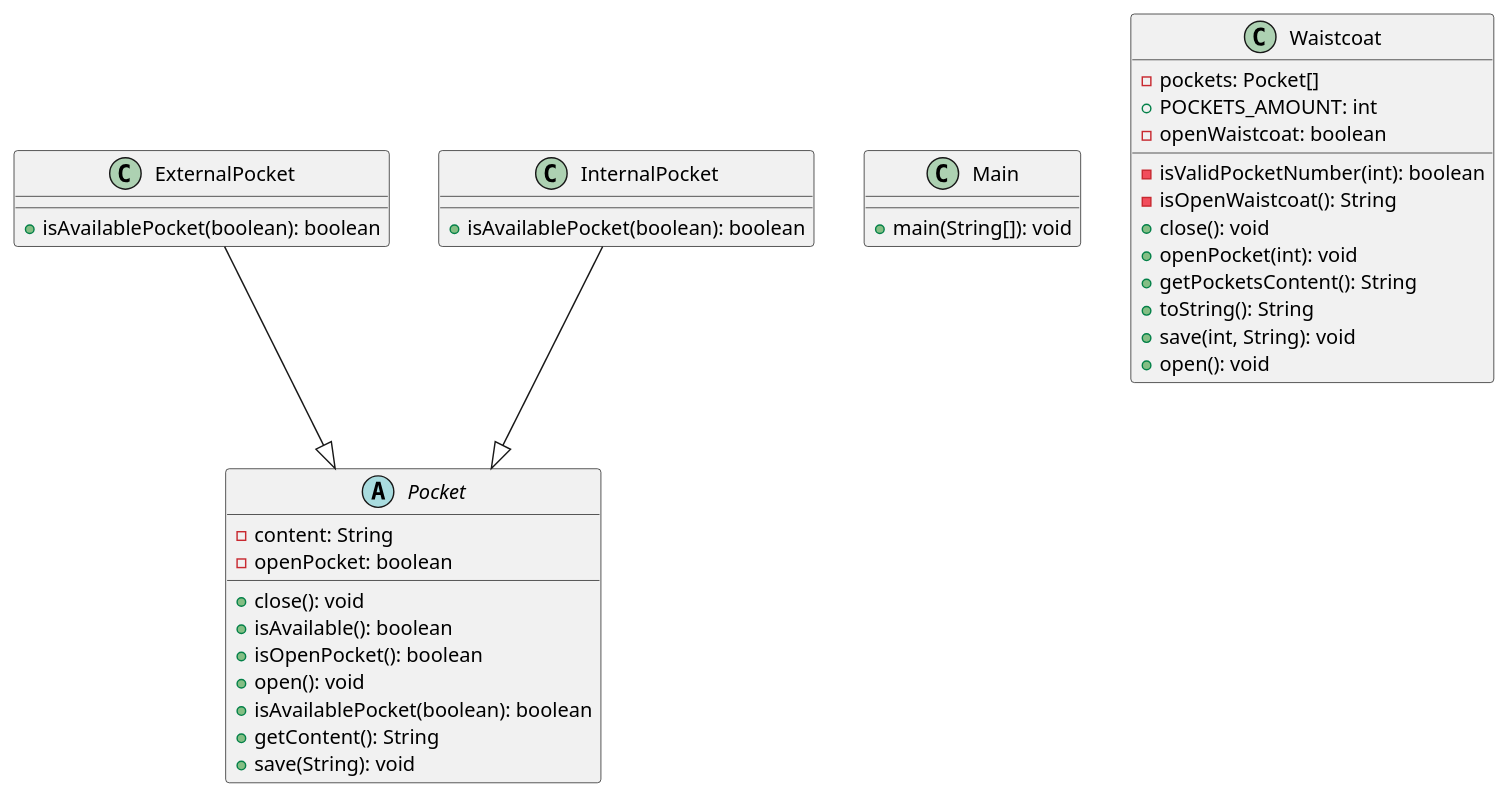
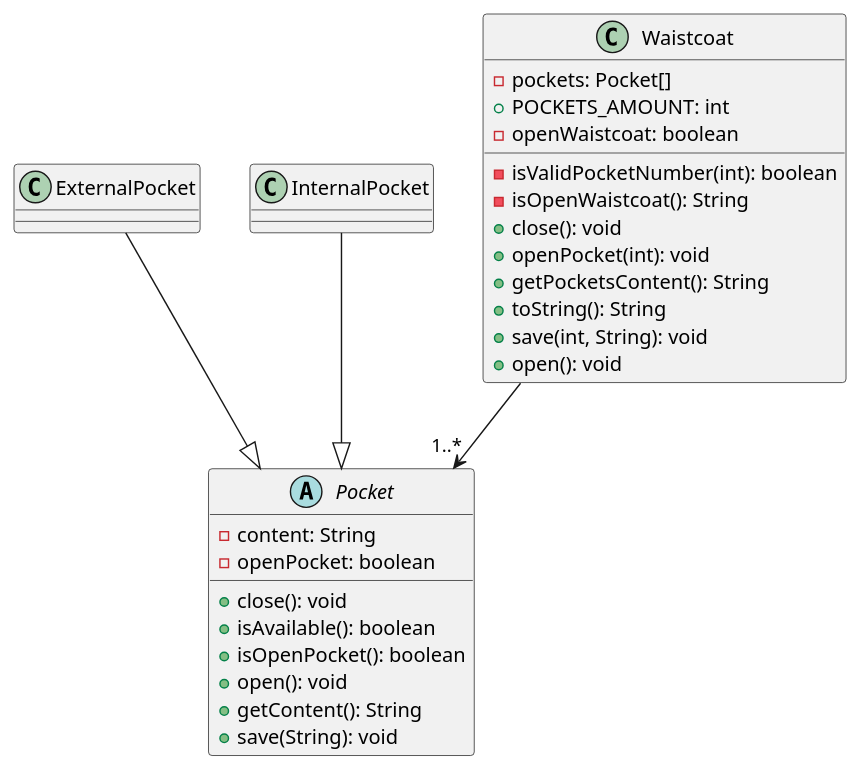
Before and after one commit to wesdell/java_introduction: the diagram in src/Waistcoat.puml, drawn with PlantUML. The commit also changed 6 other files, not shown here.

```diff
--- a/src/Waistcoat.puml
+++ b/src/Waistcoat.puml
@@ -1,38 +1,33 @@
 @startuml
-class ExternalPocket {
-  + isAvailablePocket(boolean): boolean
-}
-class InternalPocket {
-  + isAvailablePocket(boolean): boolean
-}
-class Main {
-  + main(String[]): void
-}
 abstract class Pocket {
   - content: String
   - openPocket: boolean
   + close(): void
   + isAvailable(): boolean
   + isOpenPocket(): boolean
   + open(): void
-  + isAvailablePocket(boolean): boolean
   + getContent(): String
   + save(String): void
 }
+class ExternalPocket
+class InternalPocket
+
 class Waistcoat {
   - pockets: Pocket[]
   + POCKETS_AMOUNT: int
   - openWaistcoat: boolean
   - isValidPocketNumber(int): boolean
   - isOpenWaistcoat(): String
   + close(): void
   + openPocket(int): void
   + getPocketsContent(): String
   + toString(): String
   + save(int, String): void
   + open(): void
 }
 
+Waistcoat -->"1..*" Pocket
+
 ExternalPocket  --|>  Pocket
 InternalPocket  --|>  Pocket
 @enduml
```
